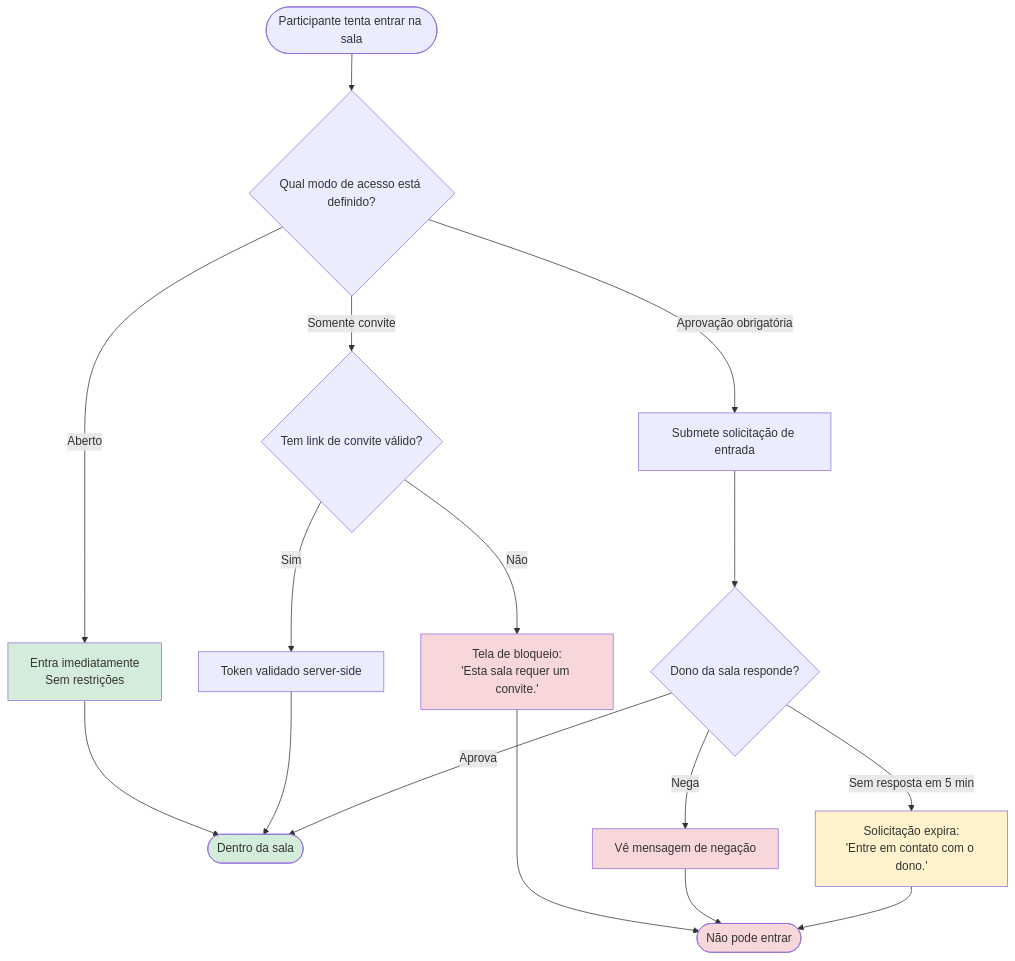
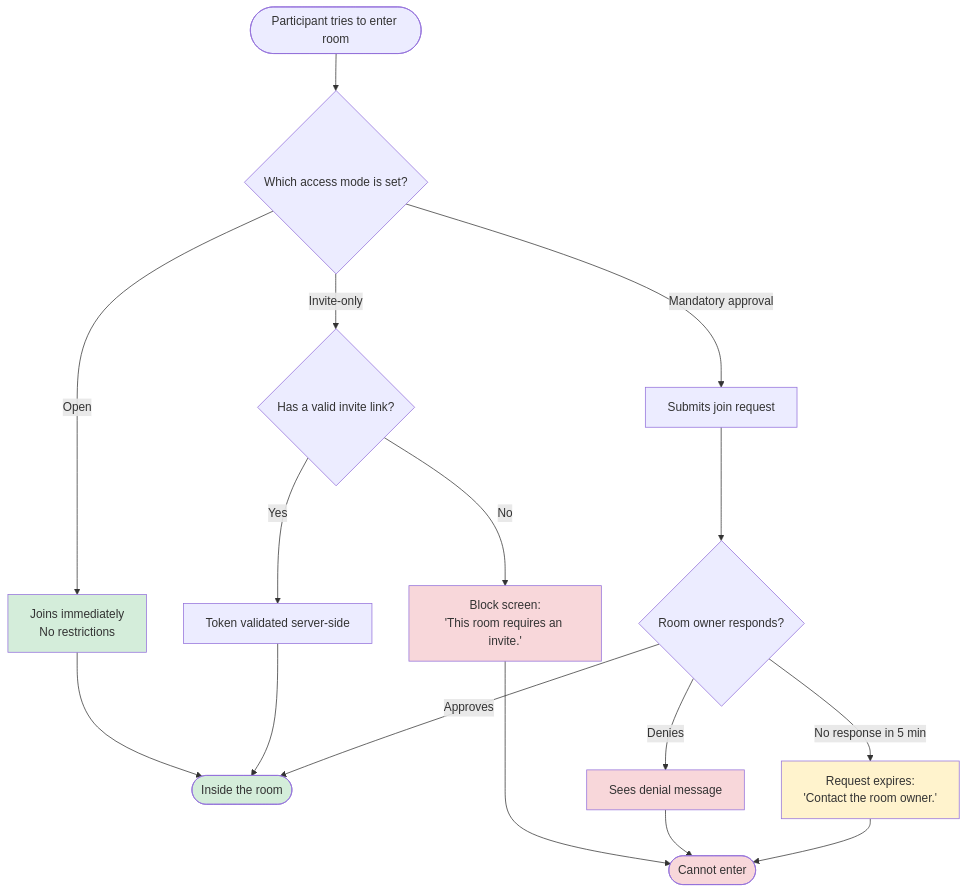
The second of 7 diagrams in docs/use-cases/case-poker/07.1-product-backlog-access-control.md (hugo-hsbtech/teamwork-process), drawn with Mermaid before and after one commit. The commit also changed other lines of this file and 63 other files, not shown here.

````diff
--- a/docs/use-cases/case-poker/07.1-product-backlog-access-control.md
+++ b/docs/use-cases/case-poker/07.1-product-backlog-access-control.md
@@ -74,28 +74,28 @@
 ```mermaid
 flowchart TD
-    A([Participante tenta entrar na sala]) --> B{Qual modo de acesso está definido?}
+    A([Participant tries to enter room]) --> B{Which access mode is set?}
 
-    B -- Aberto --> C[Entra imediatamente\nSem restrições]
-    C --> Z([Dentro da sala])
+    B -- Open --> C[Joins immediately\nNo restrictions]
+    C --> Z([Inside the room])
 
-    B -- Somente convite --> D{Tem link de convite válido?}
-    D -- Sim --> E[Token validado server-side]
+    B -- Invite-only --> D{Has a valid invite link?}
+    D -- Yes --> E[Token validated server-side]
     E --> Z
-    D -- Não --> F[Tela de bloqueio:\n'Esta sala requer um convite.']
-    F --> G([Não pode entrar])
+    D -- No --> F[Block screen:\n'This room requires an invite.']
+    F --> G([Cannot enter])
 
-    B -- Aprovação obrigatória --> H[Submete solicitação de entrada]
-    H --> I{Dono da sala responde?}
-    I -- Aprova --> Z
-    I -- Nega --> J[Vê mensagem de negação]
+    B -- Mandatory approval --> H[Submits join request]
+    H --> I{Room owner responds?}
+    I -- Approves --> Z
+    I -- Denies --> J[Sees denial message]
     J --> G
-    I -- Sem resposta em 5 min --> K[Solicitação expira:\n'Entre em contato com o dono.']
+    I -- No response in 5 min --> K[Request expires:\n'Contact the room owner.']
     K --> G
 
     style C fill:#d4edda
     style Z fill:#d4edda
     style F fill:#f8d7da
     style G fill:#f8d7da
     style J fill:#f8d7da
     style K fill:#fff3cd
 ```
````
